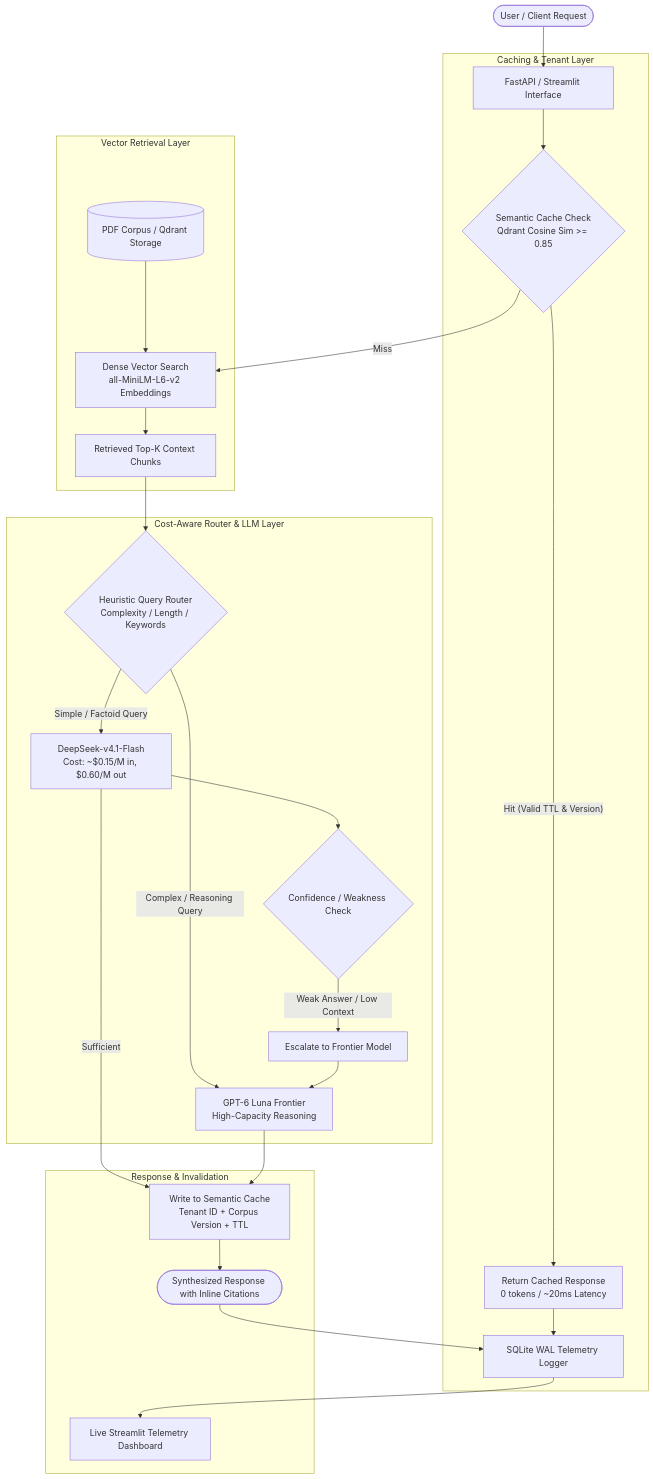
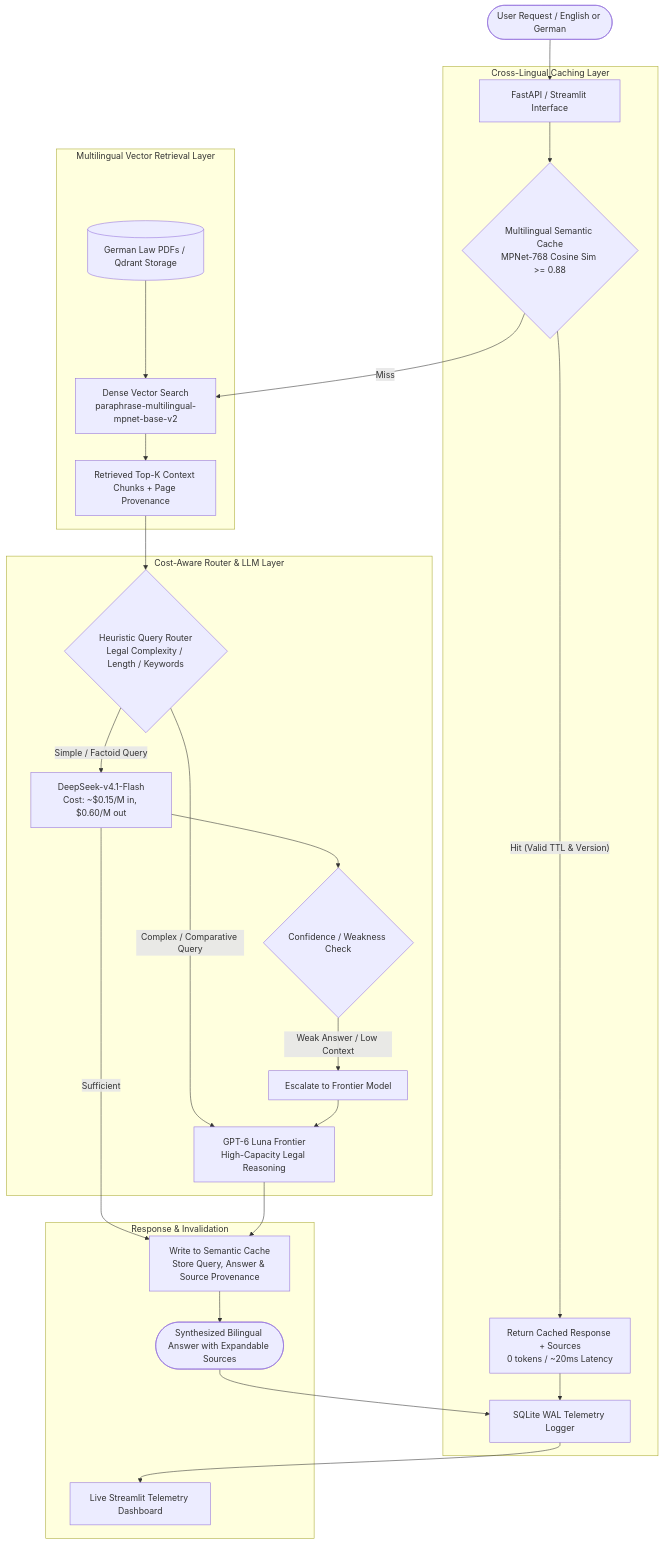
The diagram in README.md (satishkumarnirujogi/Semantic_Rag_Cache), drawn with Mermaid before and after one commit. The commit also changed other lines of this file, not shown here.

Commit message:
docs: update README with multilingual MPNet architecture, German law RAG, benchmarks and resume bullets

````diff
--- a/README.md
+++ b/README.md
@@ -11,34 +11,34 @@
 ```mermaid
 flowchart TD
-    User([User / Client Request]) --> API[FastAPI / Streamlit Interface]
+    User([User Request / English or German]) --> API[FastAPI / Streamlit Interface]
     
-    subgraph Caching & Tenant Layer
-        API --> CacheCheck{Semantic Cache Check<br/>Qdrant Cosine Sim >= 0.85}
-        CacheCheck -- Hit (Valid TTL & Version) --> CacheReturn[Return Cached Response<br/>0 tokens / ~20ms Latency]
+    subgraph Cross-Lingual Caching Layer
+        API --> CacheCheck{Multilingual Semantic Cache<br/>MPNet-768 Cosine Sim >= 0.88}
+        CacheCheck -- Hit (Valid TTL & Version) --> CacheReturn[Return Cached Response + Sources<br/>0 tokens / ~20ms Latency]
         CacheReturn --> Logger[SQLite WAL Telemetry Logger]
     end
 
-    subgraph Vector Retrieval Layer
-        CacheCheck -- Miss --> QdrantRetriever[Dense Vector Search<br/>all-MiniLM-L6-v2 Embeddings]
-        Corpus[(PDF Corpus / Qdrant Storage)] --> QdrantRetriever
-        QdrantRetriever --> Context[Retrieved Top-K Context Chunks]
+    subgraph Multilingual Vector Retrieval Layer
+        CacheCheck -- Miss --> QdrantRetriever[Dense Vector Search<br/>paraphrase-multilingual-mpnet-base-v2]
+        Corpus[(German Law PDFs / Qdrant Storage)] --> QdrantRetriever
+        QdrantRetriever --> Context[Retrieved Top-K Context Chunks + Page Provenance]
     end
 
     subgraph Cost-Aware Router & LLM Layer
-        Context --> QueryClassifier{Heuristic Query Router<br/>Complexity / Length / Keywords}
+        Context --> QueryClassifier{Heuristic Query Router<br/>Legal Complexity / Length / Keywords}
         QueryClassifier -- Simple / Factoid Query --> SmallLLM[DeepSeek-v4.1-Flash<br/>Cost: ~$0.15/M in, $0.60/M out]
-        QueryClassifier -- Complex / Reasoning Query --> LargeLLM[GPT-6 Luna Frontier<br/>High-Capacity Reasoning]
+        QueryClassifier -- Complex / Comparative Query --> LargeLLM[GPT-6 Luna Frontier<br/>High-Capacity Legal Reasoning]
         
         SmallLLM --> QualityJudge{Confidence / Weakness Check}
         QualityJudge -- Weak Answer / Low Context --> Escalation[Escalate to Frontier Model]
         Escalation --> LargeLLM
     end
 
     subgraph Response & Invalidation
-        SmallLLM -- Sufficient --> PutCache[Write to Semantic Cache<br/>Tenant ID + Corpus Version + TTL]
+        SmallLLM -- Sufficient --> PutCache[Write to Semantic Cache<br/>Store Query, Answer & Source Provenance]
         LargeLLM --> PutCache
-        PutCache --> Response([Synthesized Response with Inline Citations])
+        PutCache --> Response([Synthesized Bilingual Answer with Expandable Sources])
         Response --> Logger
         Logger --> Dashboard[Live Streamlit Telemetry Dashboard]
     end
 ```
````
